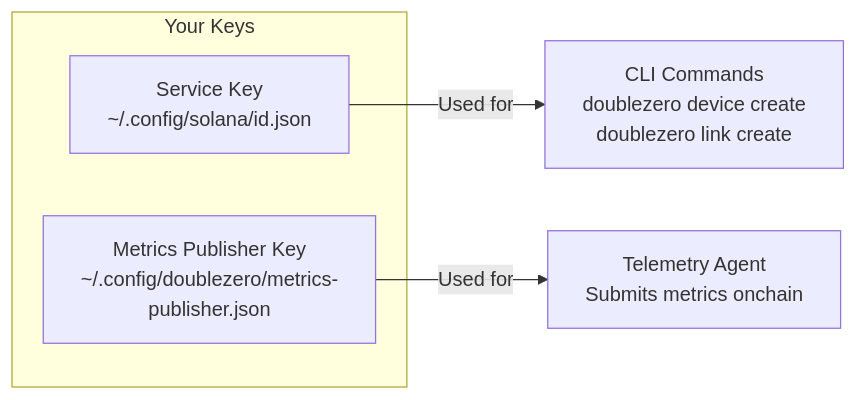
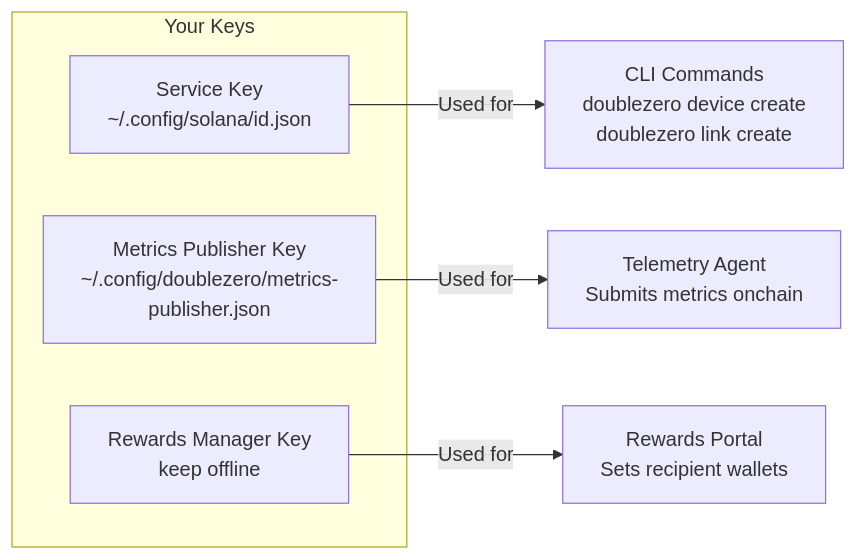
Before and after one commit to malbeclabs/docs: the fourth of 13 diagrams in docs/contribute-provisioning.md, drawn with Mermaid. The commit also changed other lines of this file and 5 other files, not shown here.

````diff
--- a/docs/contribute-provisioning.md
+++ b/docs/contribute-provisioning.md
@@ -205,10 +208,12 @@
 ```mermaid
 flowchart LR
     subgraph "Your Keys"
         SK[Service Key<br/>~/.config/solana/id.json]
         MK[Metrics Publisher Key<br/>~/.config/doublezero/metrics-publisher.json]
+        RK[Rewards Manager Key<br/>keep offline]
     end
 
     SK -->|Used for| CLI[CLI Commands<br/>doublezero device create<br/>doublezero link create]
     MK -->|Used for| TEL[Telemetry Agent<br/>Submits metrics onchain]
+    RK -->|Used for| REW[Rewards Portal<br/>Sets recipient wallets]
 ```
````
